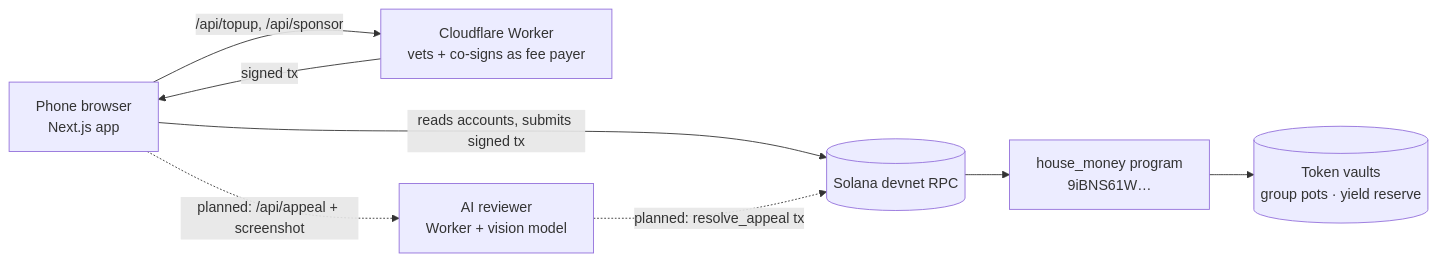
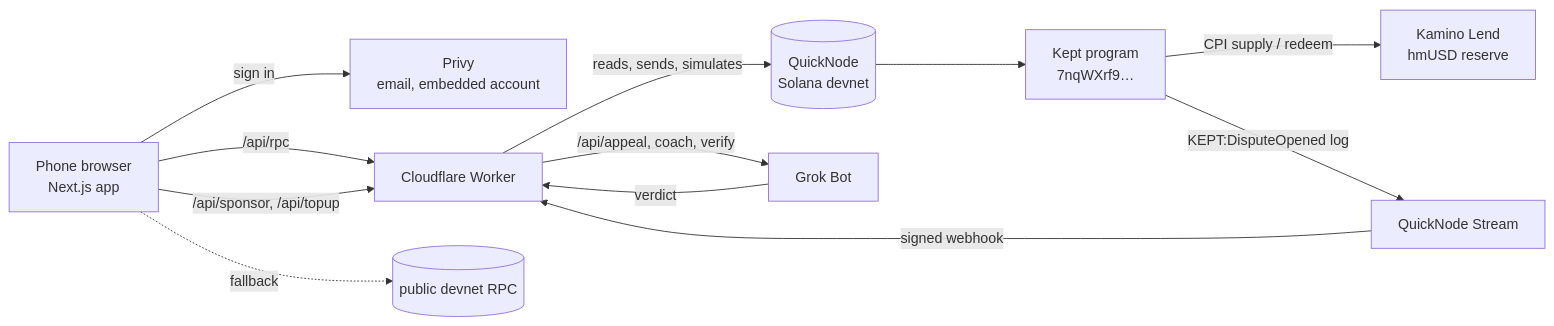
Before and after one commit to jairoamayac/ubc-hackathon: the first of 2 diagrams in docs/architecture.md, drawn with Mermaid. The commit also changed other lines of this file and 18 other files, not shown here.

````diff
--- a/docs/architecture.md
+++ b/docs/architecture.md
@@ -21,10 +22,14 @@
 ```mermaid
 flowchart LR
-  P[Phone browser<br/>Next.js app] -- reads accounts, submits signed tx --> RPC[(Solana devnet RPC)]
-  P -- /api/topup, /api/sponsor --> W[Cloudflare Worker<br/>vets + co-signs as fee payer]
-  W -- signed tx --> P
-  P -. planned: /api/appeal + screenshot .-> AI[AI reviewer<br/>Worker + vision model]
-  AI -. planned: resolve_appeal tx .-> RPC
-  RPC --> PRG[house_money program<br/>9iBNS61W…]
-  PRG --> V[(Token vaults<br/>group pots · yield reserve)]
+  P[Phone browser<br/>Next.js app] -- sign in --> PV[Privy<br/>email, embedded account]
+  P -- /api/rpc --> W[Cloudflare Worker]
+  P -- /api/sponsor, /api/topup --> W
+  W -- reads, sends, simulates --> QN[(QuickNode<br/>Solana devnet)]
+  P -. fallback .-> RPC[(public devnet RPC)]
+  QN --> PRG[Kept program<br/>7nqWXrf9…]
+  PRG -- CPI supply / redeem --> K[Kamino Lend<br/>hmUSD reserve]
+  PRG -- KEPT:DisputeOpened log --> ST[QuickNode Stream]
+  ST -- signed webhook --> W
+  W -- /api/appeal, coach, verify --> G[Grok Bot]
+  G -- verdict --> W
 ```
````
